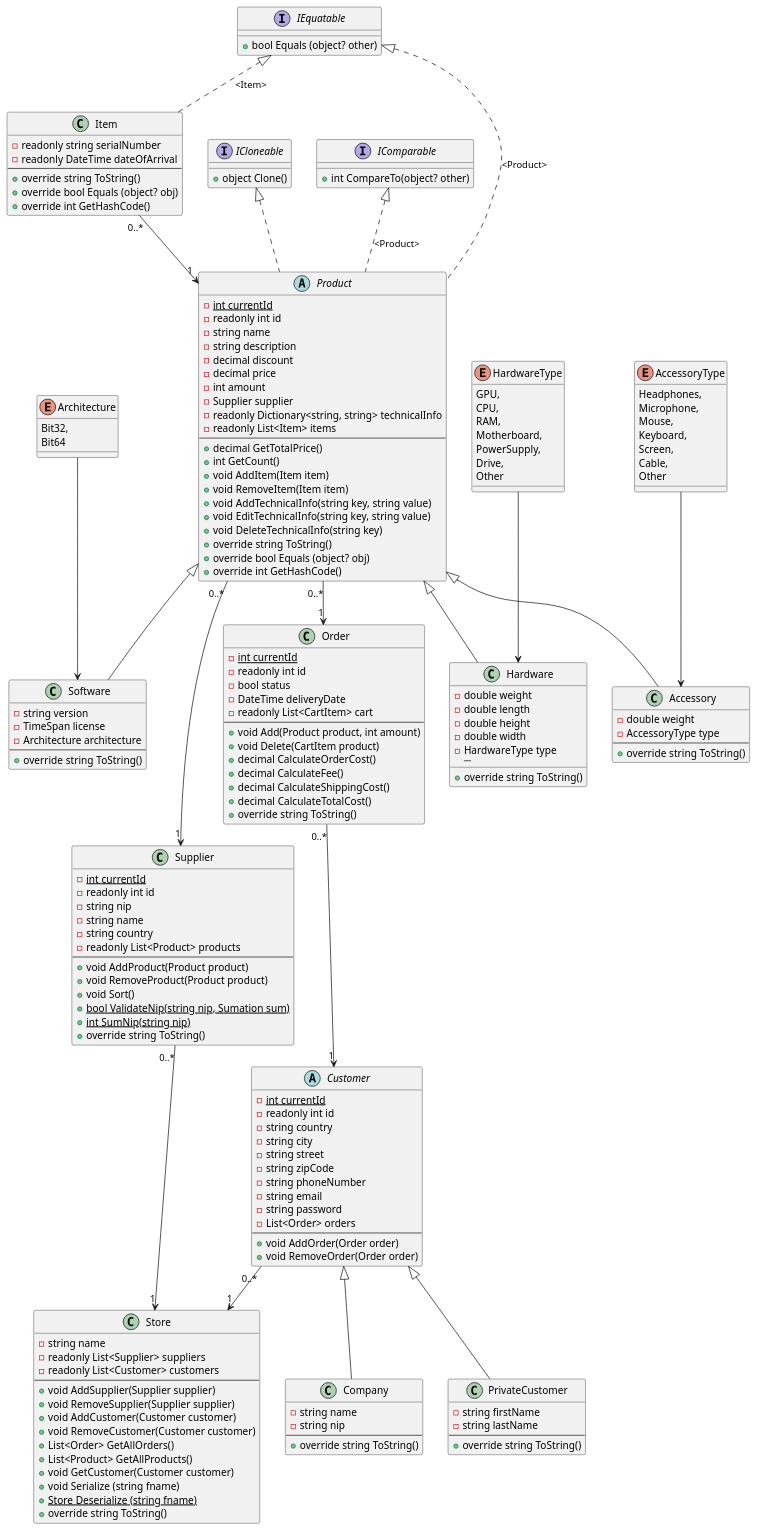
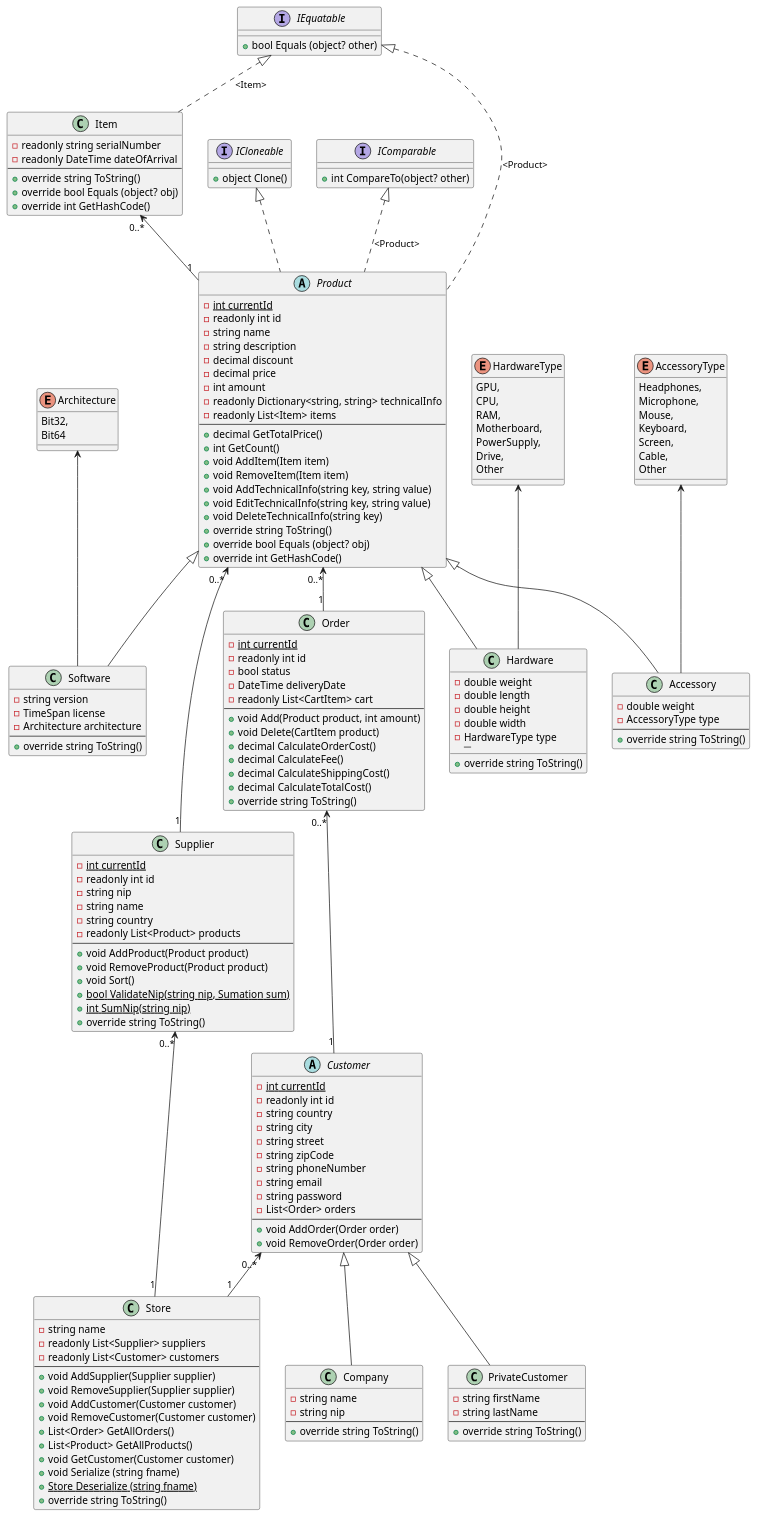
Before and after one commit to Couch-bit/Computer-Store: the diagram in UML.wsd, drawn with PlantUML. The commit also changed 1 other file, not shown here.

Commit message:
Minor UML fix

```diff
--- a/UML.wsd
+++ b/UML.wsd
@@ -1,194 +1,193 @@
 @startuml Project
 class Supplier {
   -{static} int currentId
   -readonly int id
   -string nip
   -string name
   -string country
   -readonly List<Product> products
   ----
   + void AddProduct(Product product)
   + void RemoveProduct(Product product)
   + void Sort()
   + {static} bool ValidateNip(string nip, Sumation sum)
   + {static} int SumNip(string nip)
   + override string ToString()
 }
 
 class Company {
   -string name
   -string nip
   ----
   + override string ToString()
 }
 
 class PrivateCustomer {
   -string firstName
   -string lastName
   ----
   + override string ToString()
 }
 
 abstract Customer {
   -{static} int currentId
   -readonly int id
   -string country
   -string city
   -string street
   -string zipCode
   -string phoneNumber
   -string email
   -string password
   -List<Order> orders
   ----
   + void AddOrder(Order order)
   + void RemoveOrder(Order order)
 }
 
 class Order {
   -{static} int currentId
   -readonly int id
   -bool status
   -DateTime deliveryDate
   -readonly List<CartItem> cart
   ----
   + void Add(Product product, int amount)
   + void Delete(CartItem product)
   + decimal CalculateOrderCost()
   + decimal CalculateFee()
   + decimal CalculateShippingCost()
   + decimal CalculateTotalCost()
   + override string ToString()
 }
 
 abstract Product {
   -{static} int currentId
   -readonly int id
   -string name
   -string description
   -decimal discount
   -decimal price
   -int amount
-  -Supplier supplier
   -readonly Dictionary<string, string> technicalInfo
   -readonly List<Item> items
   ----
   + decimal GetTotalPrice()
   + int GetCount()
   + void AddItem(Item item)
   + void RemoveItem(Item item)
   + void AddTechnicalInfo(string key, string value)
   + void EditTechnicalInfo(string key, string value)
   + void DeleteTechnicalInfo(string key)
   + override string ToString()
   + override bool Equals (object? obj)
   + override int GetHashCode()
 }
 
 class Item {
   - readonly string serialNumber
   - readonly DateTime dateOfArrival
   ----
   + override string ToString()
   + override bool Equals (object? obj)
   + override int GetHashCode()
 }
 
 class Store {
   - string name
   - readonly List<Supplier> suppliers
   - readonly List<Customer> customers
   ----
   + void AddSupplier(Supplier supplier)
   + void RemoveSupplier(Supplier supplier)
   + void AddCustomer(Customer customer)
   + void RemoveCustomer(Customer customer) 
   + List<Order> GetAllOrders()
   + List<Product> GetAllProducts()
   + void GetCustomer(Customer customer)
   + void Serialize (string fname)
   + {static} Store Deserialize (string fname)
   + override string ToString()
 }
 
 enum HardwareType {
   GPU,
   CPU,
   RAM,
   Motherboard,
   PowerSupply,
   Drive,
   Other
 }
 
 enum AccessoryType {
   Headphones,
   Microphone,
   Mouse,
   Keyboard,
   Screen,
   Cable,
   Other
 }
 
 enum Architecture {
   Bit32,
   Bit64
 }
 
 class Hardware {
   -double weight
   -double length
   -double height
   -double width
   -HardwareType type
   ---- 
   + override string ToString()
 }
 
 class Software {
   -string version
   -TimeSpan license
   -Architecture architecture
   ----
   + override string ToString()
 }
 
 class Accessory {
   -double weight
   -AccessoryType type
   ----
   + override string ToString()
 }
 
 interface ICloneable {
   + object Clone()
 }
 
 interface IComparable {
   + int CompareTo(object? other)
 }
 
 interface IEquatable {
   + bool Equals (object? other)
 }
 
 IEquatable <|-[dashed]- Item : "<Item>"
 IComparable <|-[dashed]- Product : "<Product>"
 IEquatable <|-[dashed]- Product : "<Product>"
 abstract Product implements ICloneable
-HardwareType --> Hardware
-AccessoryType --> Accessory
-Architecture --> Software
+HardwareType <-- Hardware
+AccessoryType <-- Accessory
+Architecture <-- Software
 Product <|-- Accessory
 Product <|-- Software
 Product <|-- Hardware
 Customer	<|-- Company
 Customer	<|-- PrivateCustomer
-Supplier "0..*" --> "1" Store
-Customer "0..*" --> "1" Store
-Product "0..*" --> "1" Order
-Product "0..*" --> "1" Supplier
-Order "0..*" --> "1" Customer
-Item "0..*" --> "1" Product
+Supplier "0..*" <-- "1" Store
+Customer "0..*" <-- "1" Store
+Product "0..*" <-- "1" Order
+Product "0..*" <-- "1" Supplier
+Order "0..*" <-- "1" Customer
+Item "0..*" <-- "1" Product
 @enduml
```
